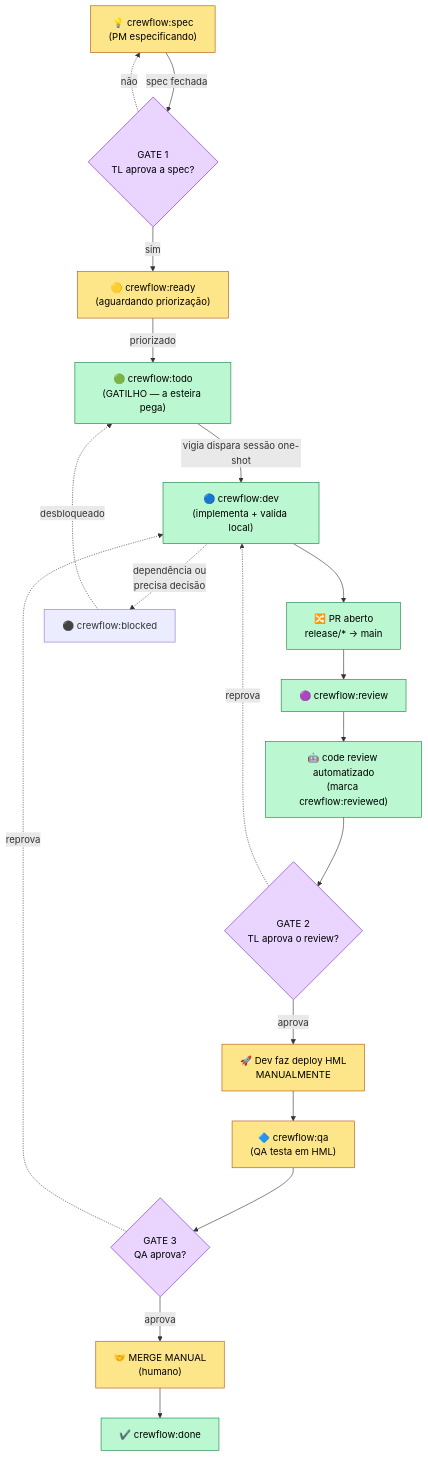
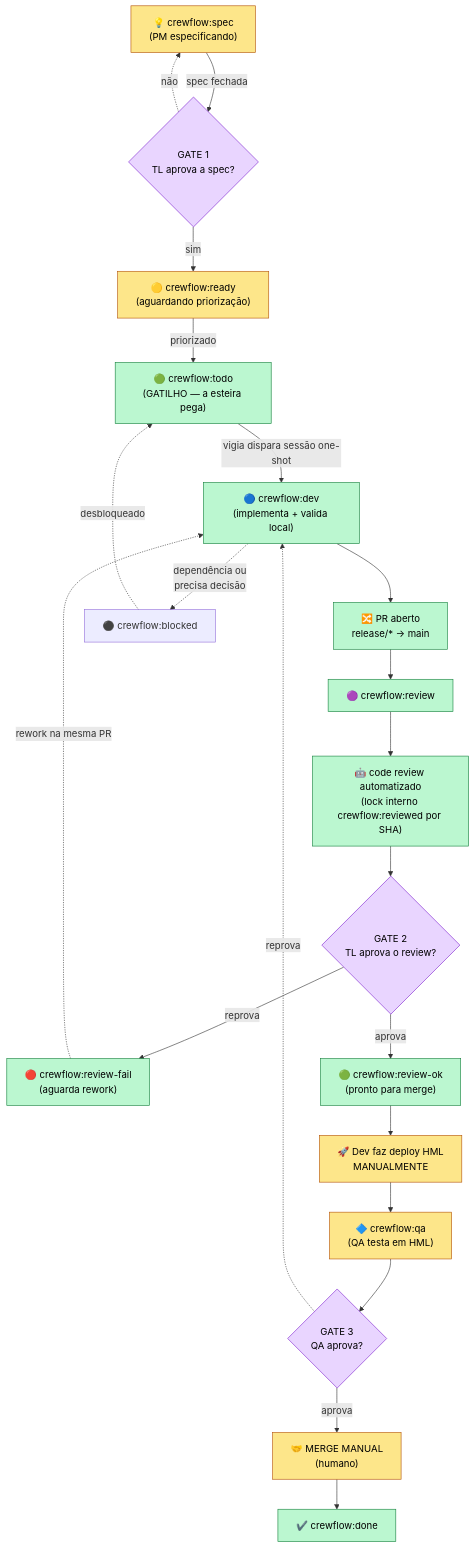
Before and after one commit to eliasrosa/kirocrew-flow: the diagram in .kiro/steering/fluxo.md, drawn with Mermaid. The commit also changed other lines of this file and 16 other files, not shown here.

First line of the commit message:
refactor: substituir review+reviewed por labels semanticas review-ok/review-fail

````diff
--- a/.kiro/steering/fluxo.md
+++ b/.kiro/steering/fluxo.md
@@ -22,29 +22,31 @@
 ```mermaid
 flowchart TD
     A["💡 crewflow:spec<br/>(PM especificando)"] -->|spec fechada| G0{"GATE 1<br/>TL aprova a spec?"}
     G0 -->|sim| B["🟡 crewflow:ready<br/>(aguardando priorização)"]
     G0 -.->|não| A
     B -->|priorizado| C["🟢 crewflow:todo<br/>(GATILHO — a esteira pega)"]
     C -->|vigia dispara sessão one-shot| D["🔵 crewflow:dev<br/>(implementa + valida local)"]
     D --> E["🔀 PR aberto<br/>release/* → main"]
     E --> R["🟣 crewflow:review"]
-    R --> BOT["🤖 code review automatizado<br/>(marca crewflow:reviewed)"]
+    R --> BOT["🤖 code review automatizado<br/>(lock interno crewflow:reviewed por SHA)"]
     BOT --> G1{"GATE 2<br/>TL aprova o review?"}
-    G1 -.->|reprova| D
-    G1 -->|aprova| HML["🚀 Dev faz deploy HML<br/>MANUALMENTE"]
+    G1 -->|reprova| FAIL["🔴 crewflow:review-fail<br/>(aguarda rework)"]
+    FAIL -.->|rework na mesma PR| D
+    G1 -->|aprova| OK["🟢 crewflow:review-ok<br/>(pronto para merge)"]
+    OK --> HML["🚀 Dev faz deploy HML<br/>MANUALMENTE"]
     HML --> Q["🔷 crewflow:qa<br/>(QA testa em HML)"]
     Q --> G2{"GATE 3<br/>QA aprova?"}
     G2 -.->|reprova| D
     G2 -->|aprova| M["🤝 MERGE MANUAL<br/>(humano)"]
     M --> I["✔️ crewflow:done"]
 
     D -.->|dependência ou<br/>precisa decisão| K["⚫ crewflow:blocked"]
     K -.->|desbloqueado| C
 
     classDef human fill:#fde68a,stroke:#b45309,color:#000
     classDef auto fill:#bbf7d0,stroke:#15803d,color:#000
     classDef gate fill:#e9d5ff,stroke:#7e22ce,color:#000
     class A,B,HML,Q,M human
-    class C,D,E,R,BOT,I auto
+    class C,D,E,R,BOT,OK,FAIL,I auto
     class G0,G1,G2 gate
 ```
````
